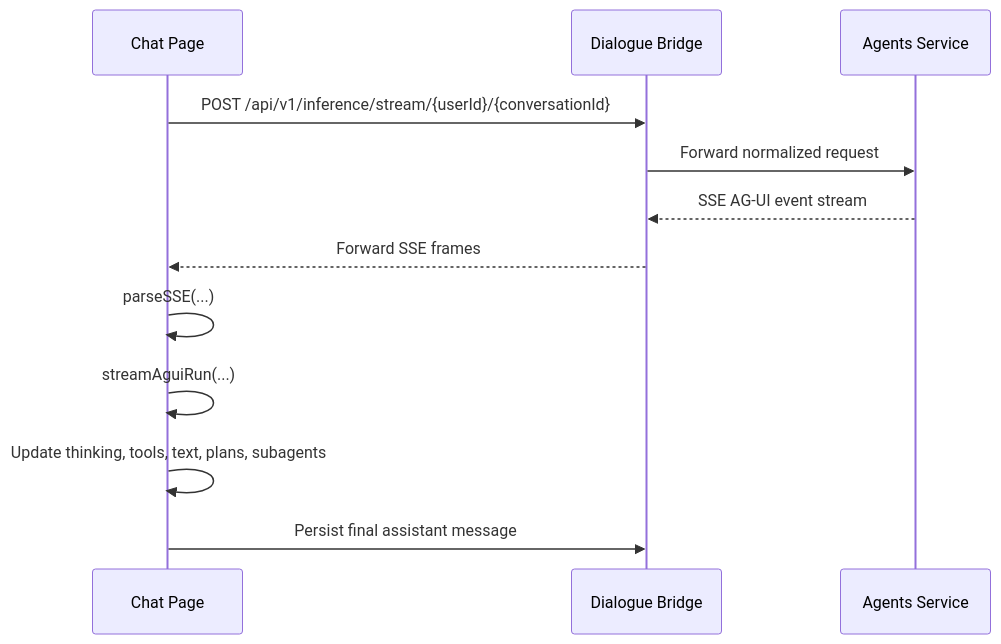
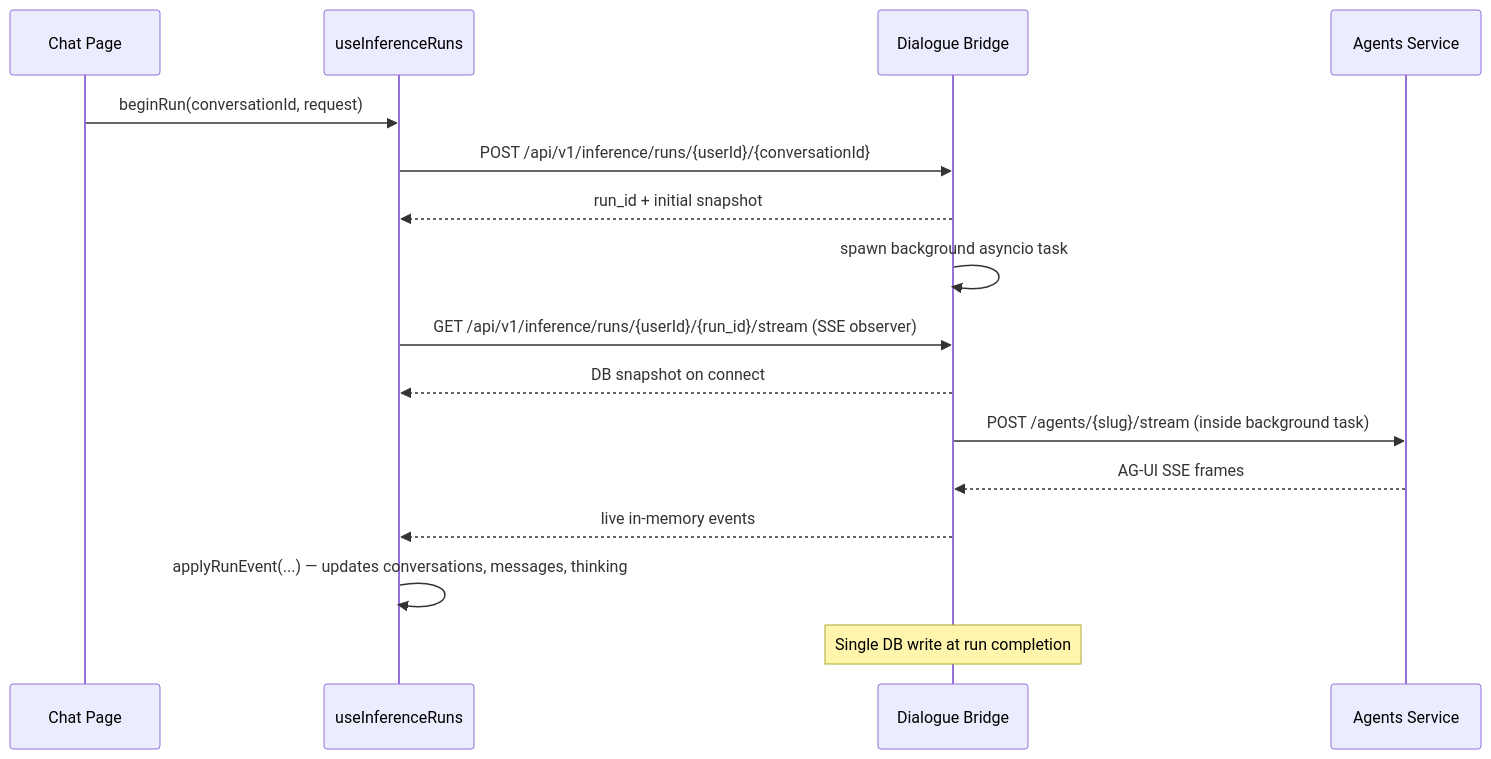
The fifth of 9 diagrams in src/agentic_ui/README.md (konstantinosmpouros/mAgenticX), drawn with Mermaid before and after one commit. The commit also changed other lines of this file and 30 other files, not shown here.

````diff
--- a/src/agentic_ui/README.md
+++ b/src/agentic_ui/README.md
@@ -232,15 +243,19 @@
 ```mermaid
 sequenceDiagram
     participant UI as Chat Page
+    participant Hook as useInferenceRuns
     participant B as Dialogue Bridge
     participant A as Agents Service
 
-    UI->>B: POST /api/v1/inference/stream/{userId}/{conversationId}
-    B->>A: Forward normalized request
-    A-->>B: SSE AG-UI event stream
-    B-->>UI: Forward SSE frames
-    UI->>UI: parseSSE(...)
-    UI->>UI: streamAguiRun(...)
-    UI->>UI: Update thinking, tools, text, plans, subagents
-    UI->>B: Persist final assistant message
+    UI->>Hook: beginRun(conversationId, request)
+    Hook->>B: POST /api/v1/inference/runs/{userId}/{conversationId}
+    B-->>Hook: run_id + initial snapshot
+    B->>B: spawn background asyncio task
+    Hook->>B: GET /api/v1/inference/runs/{userId}/{run_id}/stream (SSE observer)
+    B-->>Hook: DB snapshot on connect
+    B->>A: POST /agents/{slug}/stream (inside background task)
+    A-->>B: AG-UI SSE frames
+    B-->>Hook: live in-memory events
+    Hook->>Hook: applyRunEvent(...) — updates conversations, messages, thinking
+    Note over B: Single DB write at run completion
 ```
````
